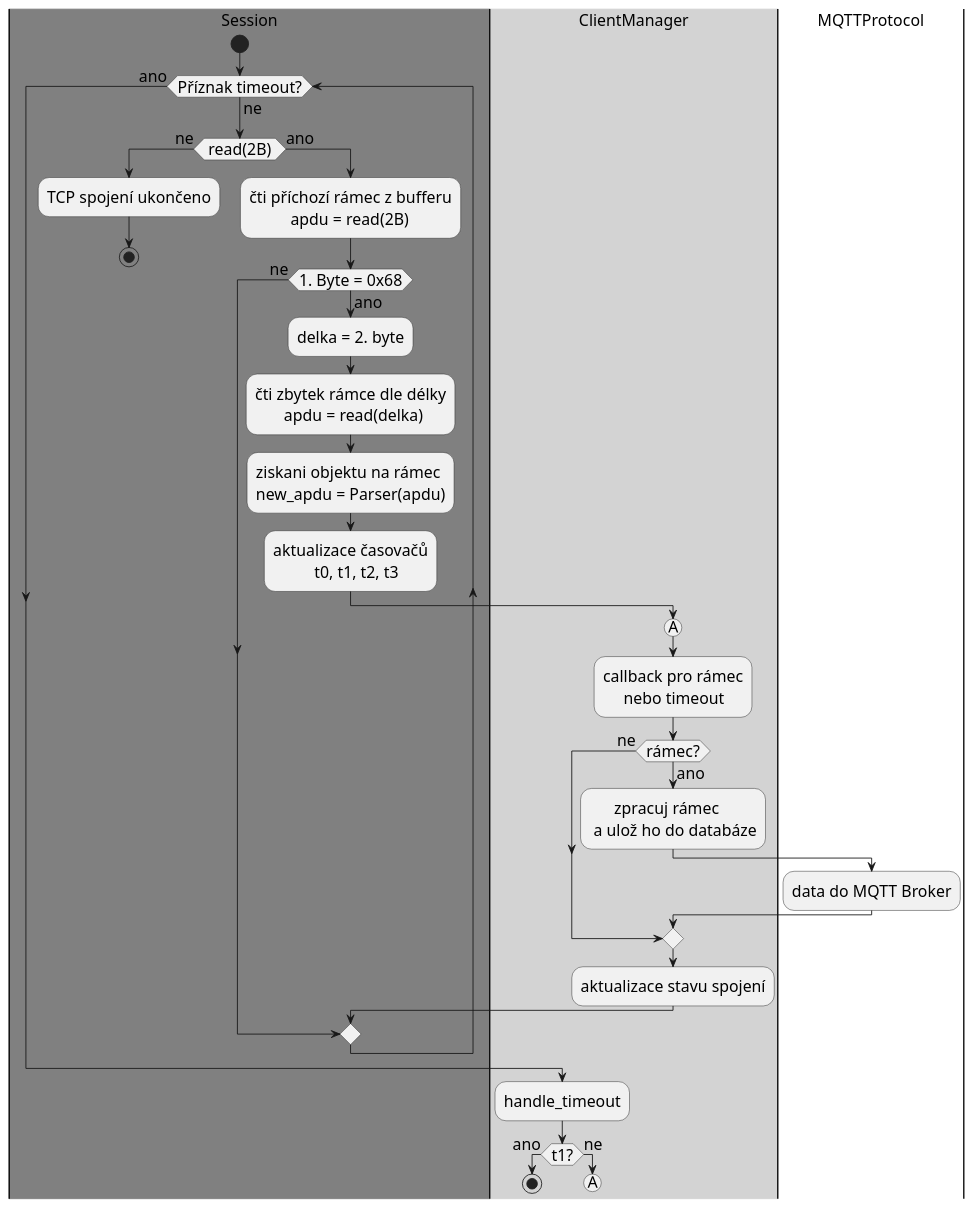
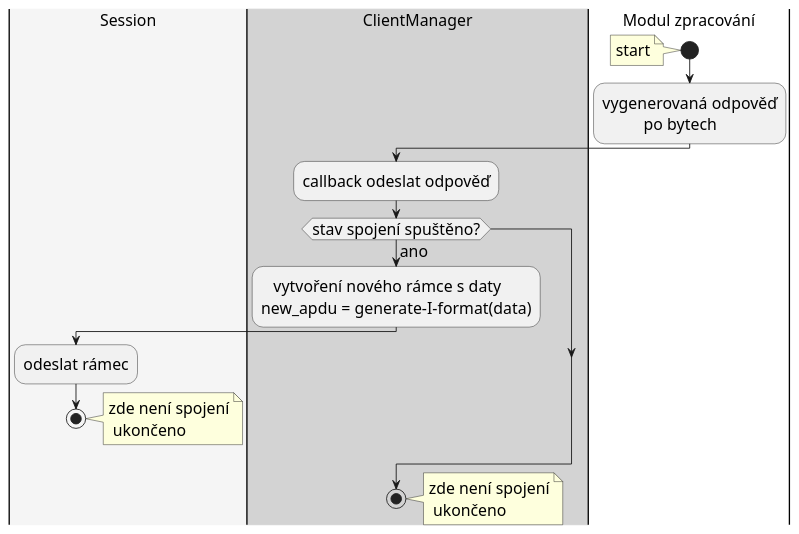
One commit to SlavekRylich/IEC104 changed the diagram in IEC104_SERVER/IEC104_v7/diagramy/dataflow_back.puml. Above: the diagram before and after it, drawn with PlantUML. The commit also changed 15 other files, not shown here.

Commit message:
update diagrams

```diff
--- a/IEC104_SERVER/IEC104_v7/diagramy/dataflow_back.puml
+++ b/IEC104_SERVER/IEC104_v7/diagramy/dataflow_back.puml
@@ -1,43 +1,24 @@
 @startuml
 skinparam DefaultFontSize 18
 
-|#grey|Session|
+|#whitesmoke|Session|
+|#lightgray|ClientManager|
+|Modul zpracování|
 start
-while (Příznak timeout?) is (ne)
-    if ( read(2B) )  is (ne) then
-        :TCP spojení ukončeno;
-        stop
-    else (ano)
-        |#grey|Session|
-        :čti příchozí rámec z bufferu\n          apdu = read(2B);
+note: start
+:vygenerovaná odpověď\n          po bytech;
 
-        if (1. Byte = 0x68) is (ne) then
-        else (ano)
-            :delka = 2. byte;
-            :čti zbytek rámce dle délky\n       apdu = read(delka);
-            :ziskani objektu na rámec\nnew_apdu = Parser(apdu);
-            :aktualizace časovačů\n          t0, t1, t2, t3;
-
-
-            |#lightgray|ClientManager|
-            (A)
-            :callback pro rámec\n     nebo timeout;
-            if (rámec?) is (ano) then
-                :      zpracuj rámec\n a ulož ho do databáze;
-                |MQTTProtocol|
-                :data do MQTT Broker;
-            else (ne)
-            endif
-                |#lightgray|ClientManager|
-                :aktualizace stavu spojení;
-        endif
-    endif
-endwhile (ano)
-:handle_timeout;
-if (t1?) is (ano) then
-         stop
-         else (ne)
-         (A)
-         detach
-        endif
+|#lightgray|ClientManager|
+:callback odeslat odpověď;
+if (stav spojení spuštěno?) is (ano) then
+    :   vytvoření nového rámce s daty\nnew_apdu = generate-I-format(data);
+    |#whitesmoke|Session|
+    :odeslat rámec;
+    stop
+    note right: zde není spojení\n ukončeno
+else
+endif
+|#lightgray|ClientManager|
+stop
+note right: zde není spojení\n ukončeno
 @enduml
```
